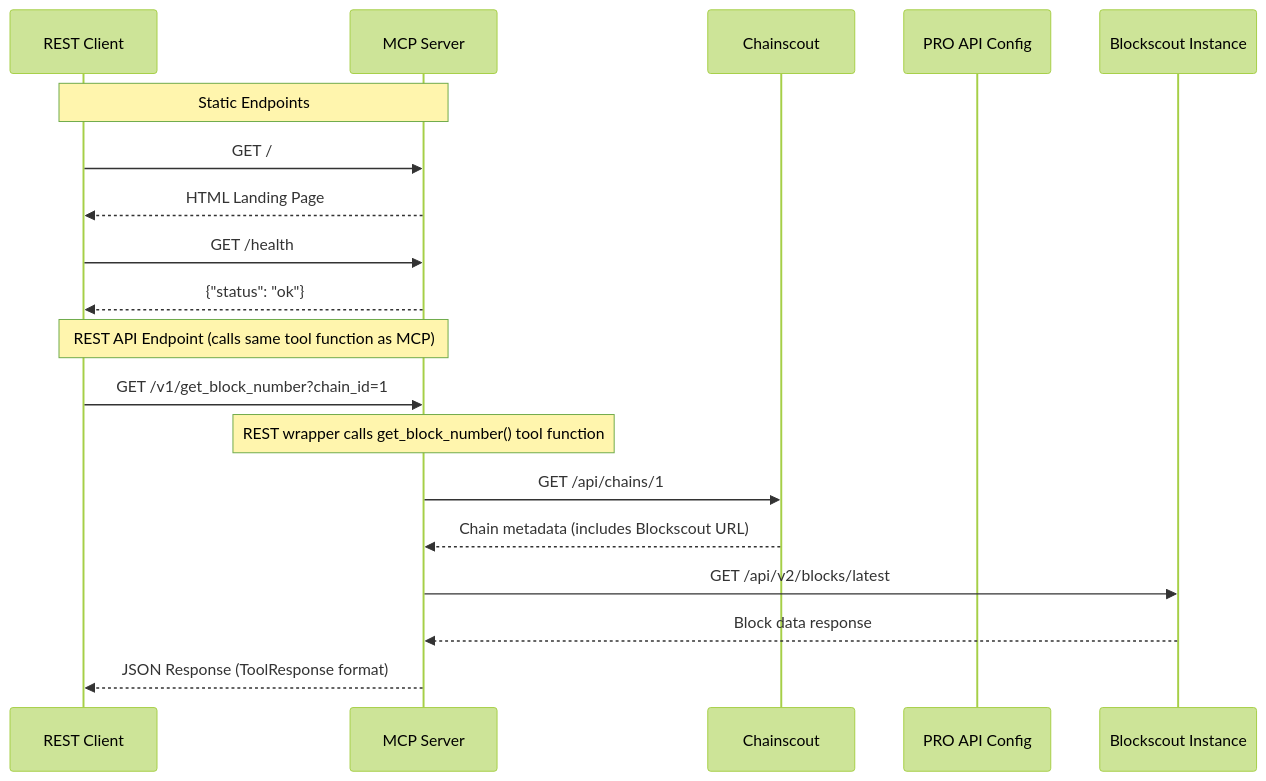
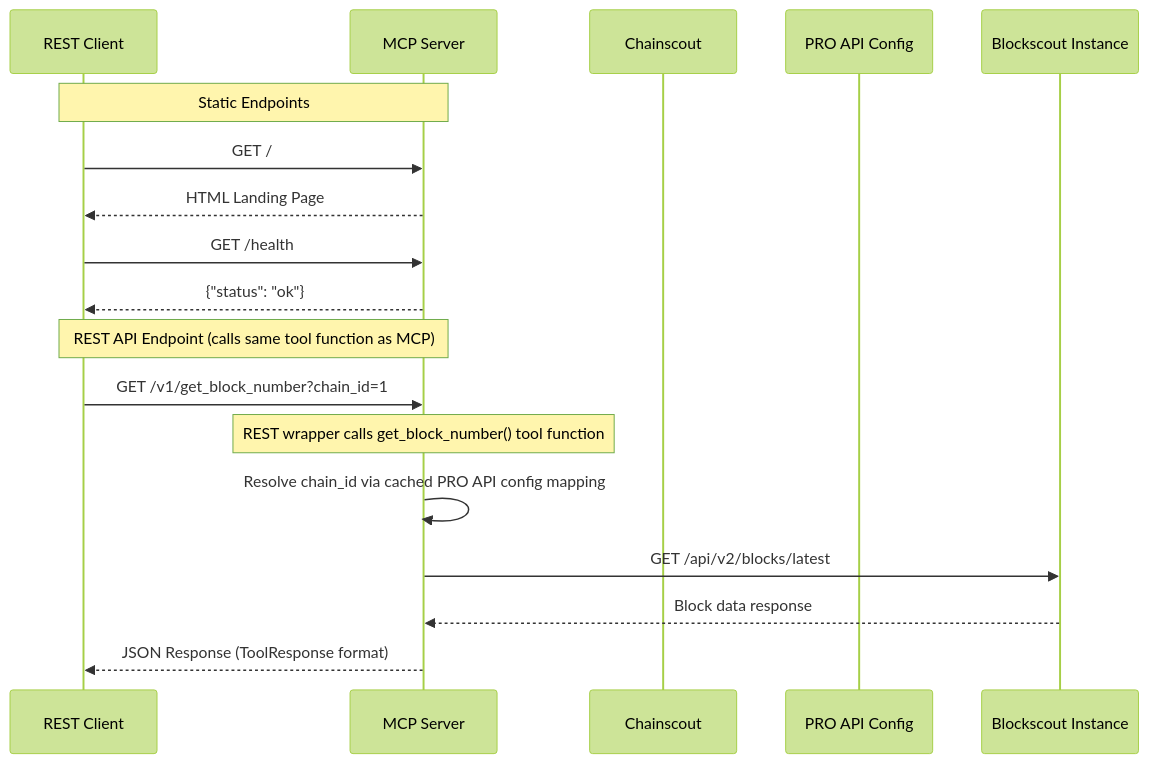
The second of 3 diagrams in SPEC.md (blockscout/mcp-server), drawn with Mermaid (forest theme) before and after one commit. The commit also changed other lines of this file and 8 other files, not shown here.

Commit message:
Implement cooldown refresh and authoritative cache sync for PRO API

````diff
--- a/SPEC.md
+++ b/SPEC.md
@@ -124,24 +124,23 @@
 ```mermaid
 sequenceDiagram
     participant REST as REST Client
     participant MCP as MCP Server
     participant CS as Chainscout
     participant ProAPI as PRO API Config
     participant BS as Blockscout Instance
 
     Note over REST, MCP: Static Endpoints
     REST->>MCP: GET /
     MCP-->>REST: HTML Landing Page
 
     REST->>MCP: GET /health
     MCP-->>REST: {"status": "ok"}
 
     Note over REST, MCP: REST API Endpoint (calls same tool function as MCP)
     REST->>MCP: GET /v1/get_block_number?chain_id=1
     Note over MCP: REST wrapper calls get_block_number() tool function
-    MCP->>CS: GET /api/chains/1
-    CS-->>MCP: Chain metadata (includes Blockscout URL)
+    MCP->>MCP: Resolve chain_id via cached PRO API config mapping
     MCP->>BS: GET /api/v2/blocks/latest
     BS-->>MCP: Block data response
     MCP-->>REST: JSON Response (ToolResponse format)
 ```
````
